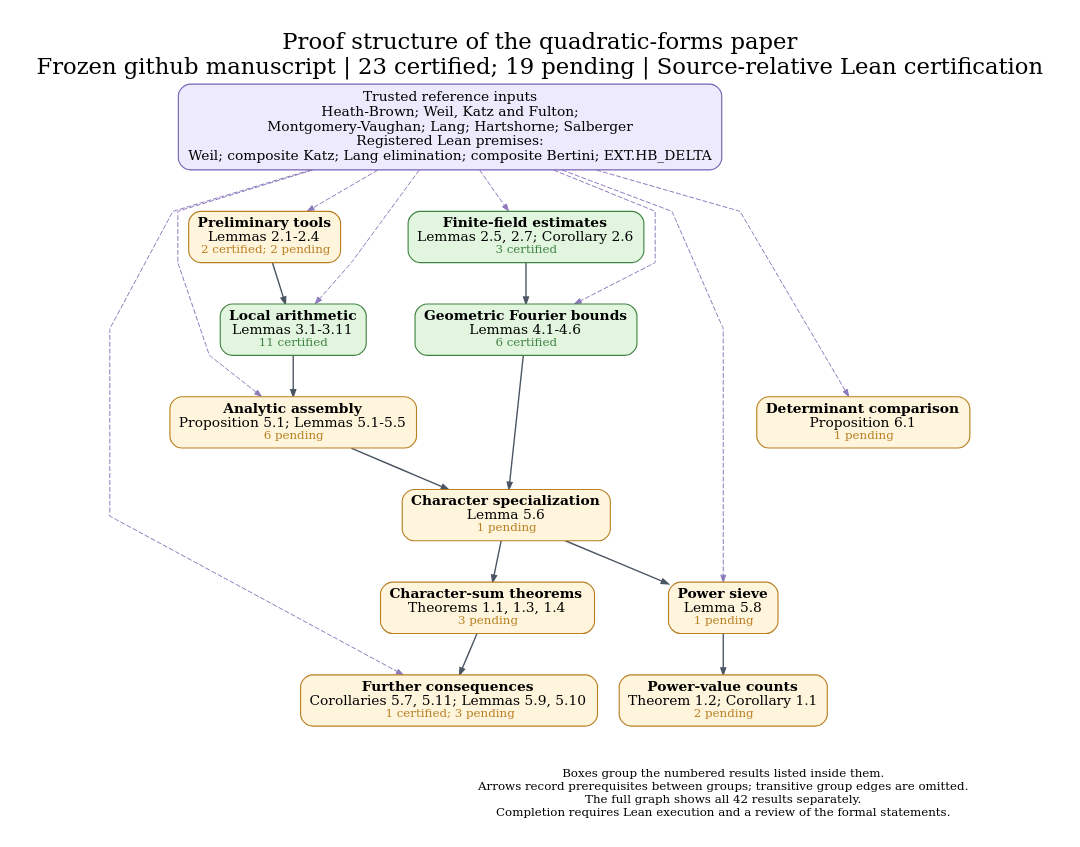
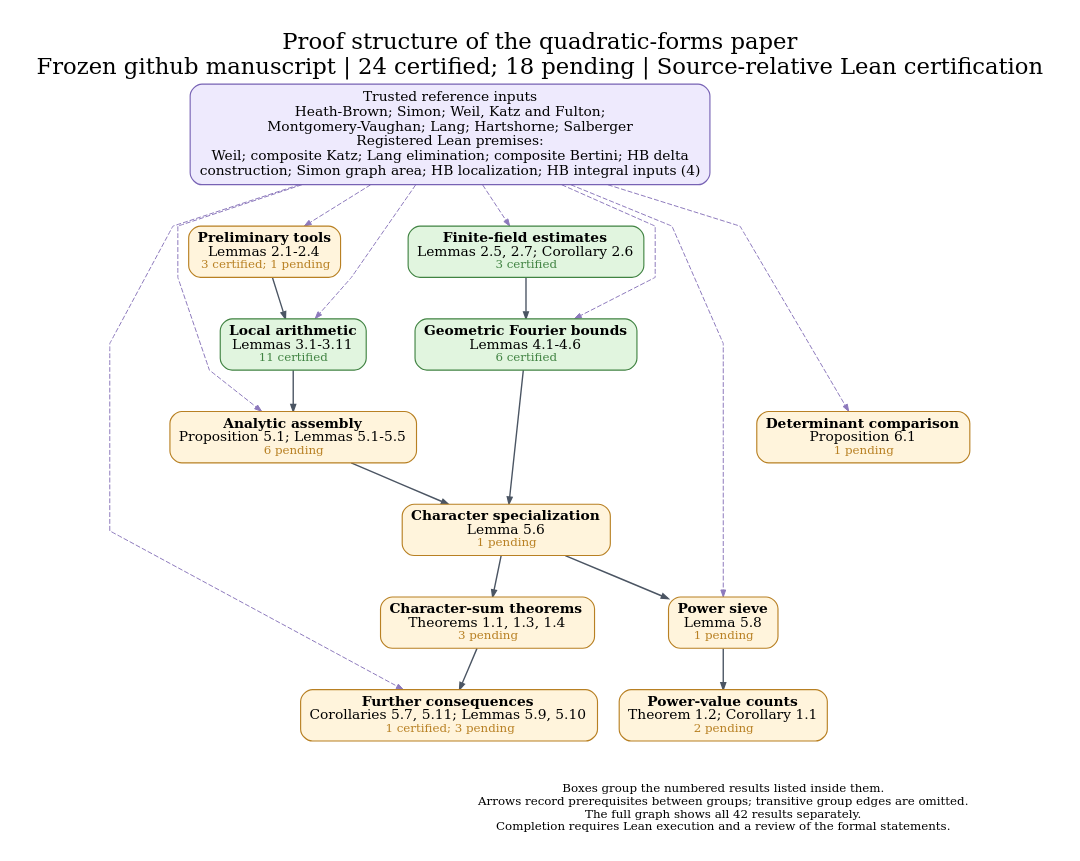
One commit to nicolasrobles/quaternary-quadratic-forms changed the diagram in docs/dependency_overview.dot. Above: the diagram before and after it, drawn with Graphviz. The commit also changed 51 other files, not shown here.

```diff
--- a/docs/dependency_overview.dot
+++ b/docs/dependency_overview.dot
@@ -1,43 +1,43 @@
 digraph Overview {
 graph [rankdir=TB, newrank=true, compound=true, outputorder=edgesfirst,
   bgcolor="white", fontname="DejaVu Serif", fontsize=23, labelloc=t,
-  label="Proof structure of the quadratic-forms paper\nFrozen github manuscript | 23 certified; 19 pending | Source-relative Lean certification",
+  label="Proof structure of the quadratic-forms paper\nFrozen github manuscript | 24 certified; 18 pending | Source-relative Lean certification",
   nodesep=0.30, ranksep=0.58, pad=0.28, splines=polyline];
 node [shape=box, style="rounded,filled", fillcolor="#fff4dc", color="#b88023",
   fontname="DejaVu Serif", fontsize=14, penwidth=1.15, margin="0.12,0.09"];
 edge [color="#4b5563", arrowsize=0.70, penwidth=1.05];
-sources [label="Trusted reference inputs\nHeath-Brown; Weil, Katz and Fulton;\nMontgomery-Vaughan; Lang; Hartshorne; Salberger\nRegistered Lean premises:\nWeil; composite Katz; Lang elimination; composite Bertini; EXT.HB_DELTA", fillcolor="#eeeafd", color="#7762b4", fontsize=14];
-"prelim" [label=<<B>Preliminary tools</B><BR/>Lemmas 2.1-2.4<BR/><FONT POINT-SIZE="12" COLOR="#b88023">2 certified; 2 pending</FONT>>, fillcolor="#fff4dc", color="#b88023", URL="https://github.com/nicolasrobles/quaternary-quadratic-forms/blob/main/INVENTORY.md", target="_blank"];
+sources [label="Trusted reference inputs\nHeath-Brown; Simon; Weil, Katz and Fulton;\nMontgomery-Vaughan; Lang; Hartshorne; Salberger\nRegistered Lean premises:\nWeil; composite Katz; Lang elimination; composite Bertini; HB delta\nconstruction; Simon graph area; HB localization; HB integral inputs (4)", fillcolor="#eeeafd", color="#7762b4", fontsize=14];
+"prelim" [label=<<B>Preliminary tools</B><BR/>Lemmas 2.1-2.4<BR/><FONT POINT-SIZE="12" COLOR="#b88023">3 certified; 1 pending</FONT>>, fillcolor="#fff4dc", color="#b88023", URL="https://github.com/nicolasrobles/quaternary-quadratic-forms/blob/main/INVENTORY.md", target="_blank"];
 "finite" [label=<<B>Finite-field estimates</B><BR/>Lemmas 2.5, 2.7; Corollary 2.6<BR/><FONT POINT-SIZE="12" COLOR="#408342">3 certified</FONT>>, fillcolor="#e1f5df", color="#408342", URL="https://github.com/nicolasrobles/quaternary-quadratic-forms/blob/main/INVENTORY.md", target="_blank"];
 "local" [label=<<B>Local arithmetic</B><BR/>Lemmas 3.1-3.11<BR/><FONT POINT-SIZE="12" COLOR="#408342">11 certified</FONT>>, fillcolor="#e1f5df", color="#408342", URL="https://github.com/nicolasrobles/quaternary-quadratic-forms/blob/main/INVENTORY.md", target="_blank"];
 "fourier" [label=<<B>Geometric Fourier bounds</B><BR/>Lemmas 4.1-4.6<BR/><FONT POINT-SIZE="12" COLOR="#408342">6 certified</FONT>>, fillcolor="#e1f5df", color="#408342", URL="https://github.com/nicolasrobles/quaternary-quadratic-forms/blob/main/INVENTORY.md", target="_blank"];
 "analytic" [label=<<B>Analytic assembly</B><BR/>Proposition 5.1; Lemmas 5.1-5.5<BR/><FONT POINT-SIZE="12" COLOR="#b88023">6 pending</FONT>>, fillcolor="#fff4dc", color="#b88023", URL="https://github.com/nicolasrobles/quaternary-quadratic-forms/blob/main/INVENTORY.md", target="_blank"];
 "characters" [label=<<B>Character specialization</B><BR/>Lemma 5.6<BR/><FONT POINT-SIZE="12" COLOR="#b88023">1 pending</FONT>>, fillcolor="#fff4dc", color="#b88023", URL="https://github.com/nicolasrobles/quaternary-quadratic-forms/blob/main/INVENTORY.md", target="_blank"];
 "sieve" [label=<<B>Power sieve</B><BR/>Lemma 5.8<BR/><FONT POINT-SIZE="12" COLOR="#b88023">1 pending</FONT>>, fillcolor="#fff4dc", color="#b88023", URL="https://github.com/nicolasrobles/quaternary-quadratic-forms/blob/main/INVENTORY.md", target="_blank"];
 "consequences" [label=<<B>Further consequences</B><BR/>Corollaries 5.7, 5.11; Lemmas 5.9, 5.10<BR/><FONT POINT-SIZE="12" COLOR="#b88023">1 certified; 3 pending</FONT>>, fillcolor="#fff4dc", color="#b88023", URL="https://github.com/nicolasrobles/quaternary-quadratic-forms/blob/main/INVENTORY.md", target="_blank"];
 "maincharacters" [label=<<B>Character-sum theorems</B><BR/>Theorems 1.1, 1.3, 1.4<BR/><FONT POINT-SIZE="12" COLOR="#b88023">3 pending</FONT>>, fillcolor="#fff4dc", color="#b88023", URL="https://github.com/nicolasrobles/quaternary-quadratic-forms/blob/main/INVENTORY.md", target="_blank"];
 "mainpowers" [label=<<B>Power-value counts</B><BR/>Theorem 1.2; Corollary 1.1<BR/><FONT POINT-SIZE="12" COLOR="#b88023">2 pending</FONT>>, fillcolor="#fff4dc", color="#b88023", URL="https://github.com/nicolasrobles/quaternary-quadratic-forms/blob/main/INVENTORY.md", target="_blank"];
 "fixed" [label=<<B>Determinant comparison</B><BR/>Proposition 6.1<BR/><FONT POINT-SIZE="12" COLOR="#b88023">1 pending</FONT>>, fillcolor="#fff4dc", color="#b88023", URL="https://github.com/nicolasrobles/quaternary-quadratic-forms/blob/main/INVENTORY.md", target="_blank"];
 "analytic" -> "characters" [penwidth=1.4];
 "characters" -> "maincharacters" [penwidth=1.4];
 "characters" -> "sieve" [penwidth=1.4];
 "finite" -> "fourier" [penwidth=1.4];
 "fourier" -> "characters" [penwidth=1.4];
 "local" -> "analytic" [penwidth=1.4];
 "maincharacters" -> "consequences" [penwidth=1.4];
 "prelim" -> "local" [penwidth=1.4];
 "sieve" -> "mainpowers" [penwidth=1.4];
 sources -> "analytic" [style=dashed, color="#8d79bc", penwidth=1.0];
 sources -> "consequences" [style=dashed, color="#8d79bc", penwidth=1.0];
 sources -> "finite" [style=dashed, color="#8d79bc", penwidth=1.0];
 sources -> "fixed" [style=dashed, color="#8d79bc", penwidth=1.0];
 sources -> "fourier" [style=dashed, color="#8d79bc", penwidth=1.0];
 sources -> "local" [style=dashed, color="#8d79bc", penwidth=1.0];
 sources -> "prelim" [style=dashed, color="#8d79bc", penwidth=1.0];
 sources -> "sieve" [style=dashed, color="#8d79bc", penwidth=1.0];
 legend [shape=plain, style="", label="Boxes group the numbered results listed inside them.\nArrows record prerequisites between groups; transitive group edges are omitted.\nThe full graph shows all 42 results separately.\nCompletion requires Lean execution and a review of the formal statements.", fontsize=12];
 {rank=sink; legend;}
 "consequences" -> legend [style=invis];
 "fixed" -> legend [style=invis];
 "mainpowers" -> legend [style=invis];
 }
```
